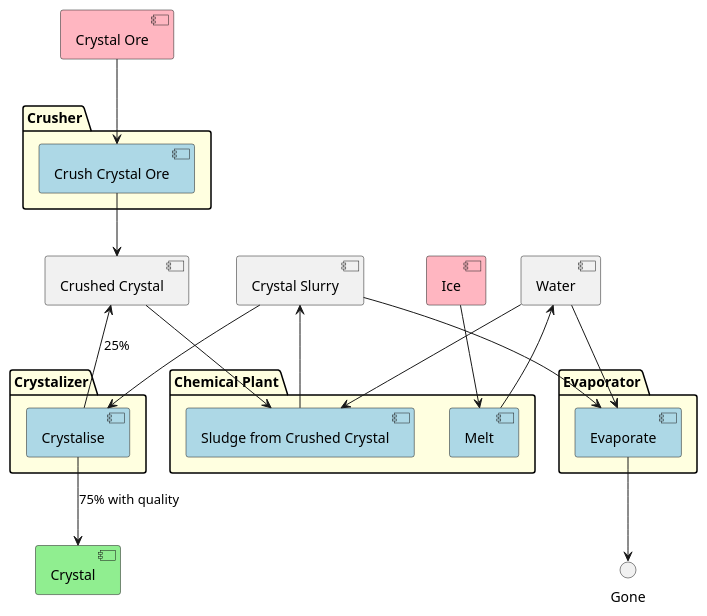
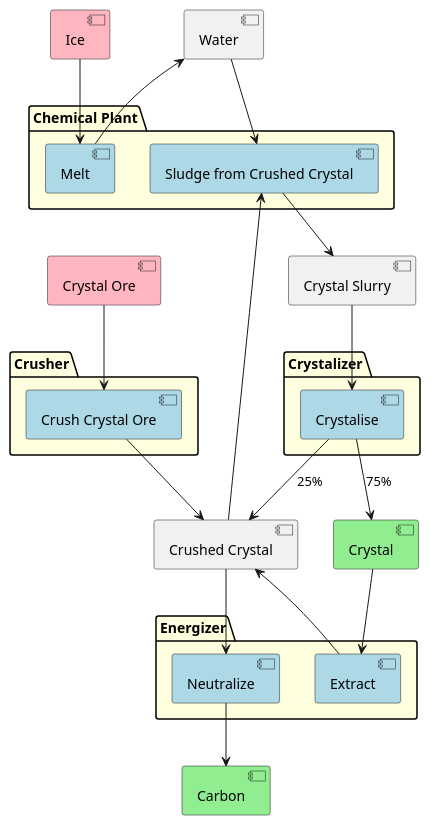
The diagram in Documentation/CrystalFlow.puml (Thomas-De-Praetere/CrystalMod), drawn with PlantUML before and after one commit. The commit also changed 2 other files, not shown here.

Commit message:
Added a way to make carbon and thus coal.

```diff
--- a/Documentation/CrystalFlow.puml
+++ b/Documentation/CrystalFlow.puml
@@ -1,50 +1,53 @@
 @startuml
 
 hide methods
 hide fields
 hide circle
 
 [Crystal Ore] as CO #lightpink
 [Crushed Crystal] as CCr
 [Crystal Slurry] as CS
 [Ice] as I #lightpink
 [Water] as W
 
 [Crystal] as C #lightgreen
+[Carbon] as Ca #lightgreen
 
 package "Chemical Plant" #lightyellow {
 [Sludge from Crushed Crystal] as SCS #lightblue
 [Melt] as Me #lightblue
 }
 
 package Crusher #lightyellow {
 [Crush Crystal Ore] as Cr #lightblue
 }
 
 package Crystalizer #lightyellow {
 [Crystalise] as CCF #lightblue
 }
 
-package Evaporator #lightyellow {
-[Evaporate] as Eva #lightblue
+package Energizer #lightyellow {
+[Neutralize] as NCr #lightblue
+[Extract] as DE #lightblue
 }
 
 
 CO --> Cr
 Cr --> CCr
 CCr --> SCS
 I --> Me
 Me --> W
 W --> SCS
 SCS --> CS
 CS --> CCF
-CS --> Eva
-W --> Eva
-Eva --> Gone
-CCF --> C : 75% with quality
+CCr --> NCr
+NCr  --> Ca
+CCF --> C : 75%
 CCF --> CCr : 25%
+C --> DE
+DE --> CCr
 
 
 
 
 @enduml
```
